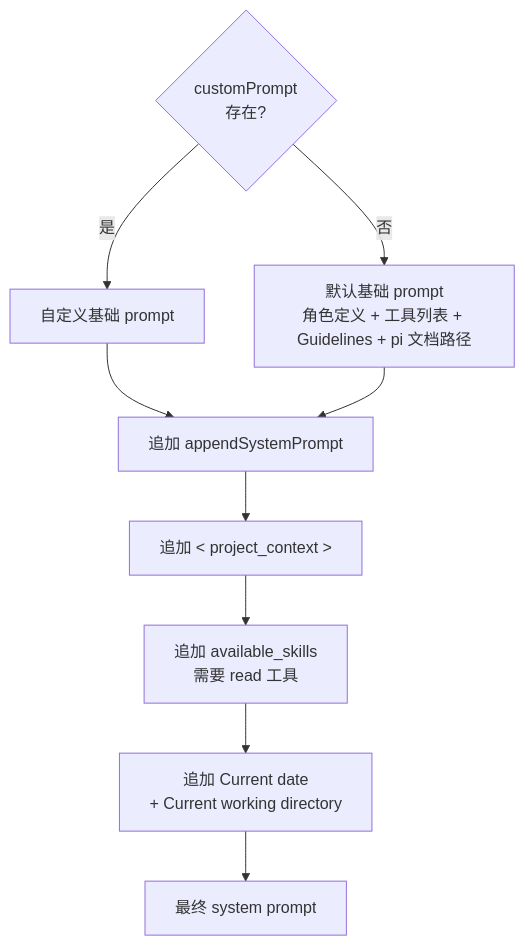
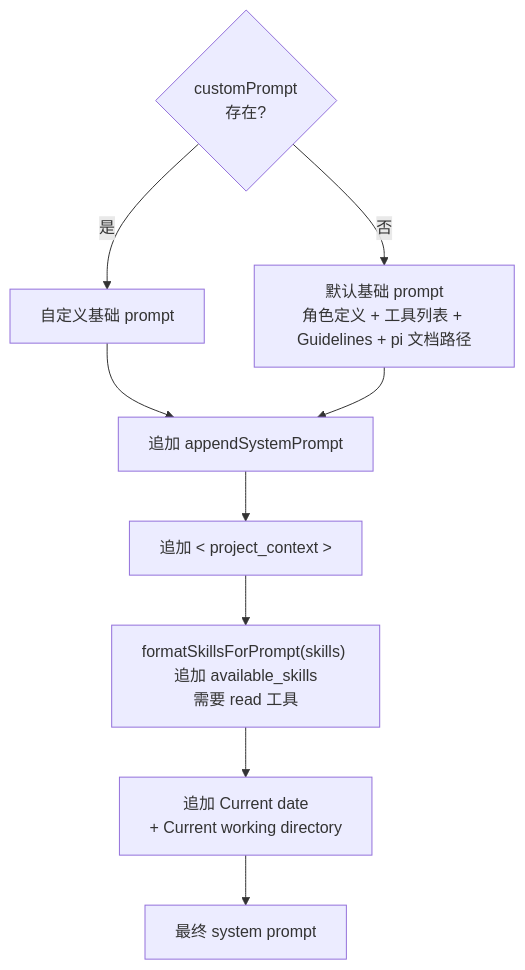
The second of 2 diagrams in tutorial/pi-coding-agent.md (wutongyuonce/pi-deep-dive), drawn with Mermaid before and after one commit. The commit also changed other lines of this file and 5 other files, not shown here.

````diff
--- a/tutorial/pi-coding-agent.md
+++ b/tutorial/pi-coding-agent.md
@@ -1345,14 +2050,14 @@
 ```mermaid
 flowchart TD
     Check{customPrompt\n存在?}
     Check -->|是| Custom["自定义基础 prompt"]
     Check -->|否| Default["默认基础 prompt\n角色定义 + 工具列表 + Guidelines + pi 文档路径"]
 
     Custom --> Append["追加 appendSystemPrompt"]
     Default --> Append
 
     Append --> Context["追加 < project_context >"]
-    Context --> Skills["追加 available_skills\n需要 read 工具"]
+    Context --> Skills["formatSkillsForPrompt(skills) 追加 available_skills\n需要 read 工具"]
     Skills --> Tail["追加 Current date\n+ Current working directory"]
     Tail --> Final["最终 system prompt"]
 ```
````
